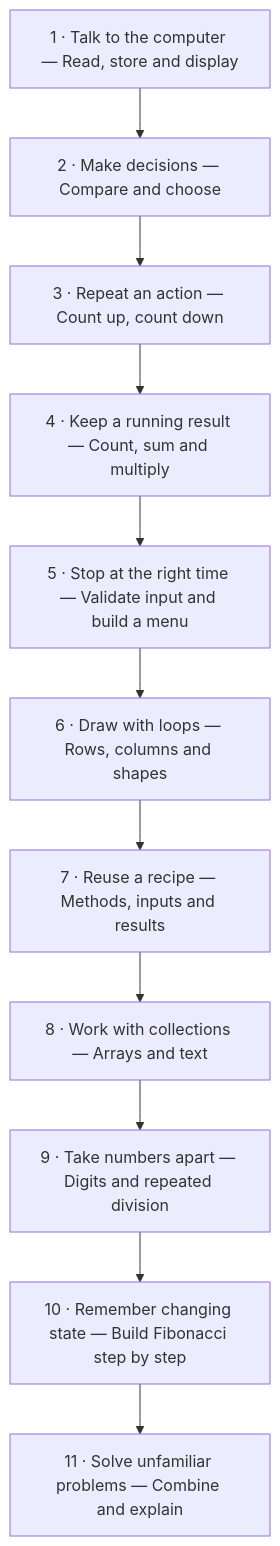
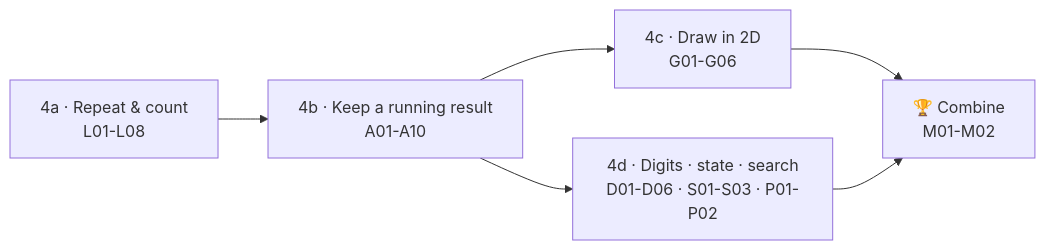
One commit to lfarci/csharp-programming-fundamentals changed the third of 5 diagrams in ROADMAP.md. Above: the diagram before and after it, drawn with Mermaid. The commit also changed other lines of this file, not shown here.

Commit message:
Redefine the roadmap: two tracks, university weeks, PG levels, Microsoft Learn links, loop choice, catch-up plan

````diff
--- a/ROADMAP.md
+++ b/ROADMAP.md
@@ -9,13 +119,8 @@
 ```mermaid
-flowchart TD
-    A["1 · Talk to the computer — Read, store and display"] --> B["2 · Make decisions — Compare and choose"]
-    B --> C["3 · Repeat an action — Count up, count down"]
-    C --> D["4 · Keep a running result — Count, sum and multiply"]
-    D --> E["5 · Stop at the right time — Validate input and build a menu"]
-    E --> F["6 · Draw with loops — Rows, columns and shapes"]
-    F --> G["7 · Reuse a recipe — Methods, inputs and results"]
-    G --> H["8 · Work with collections — Arrays and text"]
-    H --> I["9 · Take numbers apart — Digits and repeated division"]
-    I --> J["10 · Remember changing state — Build Fibonacci step by step"]
-    J --> K["11 · Solve unfamiliar problems — Combine and explain"]
+flowchart LR
+    A["4a · Repeat & count<br/>L01-L08"] --> B["4b · Keep a running result<br/>A01-A10"]
+    B --> C["4c · Draw in 2D<br/>G01-G06"]
+    B --> D["4d · Digits · state · search<br/>D01-D06 · S01-S03 · P01-P02"]
+    C --> E["🏆 Combine<br/>M01-M02"]
+    D --> E
 ```
````
